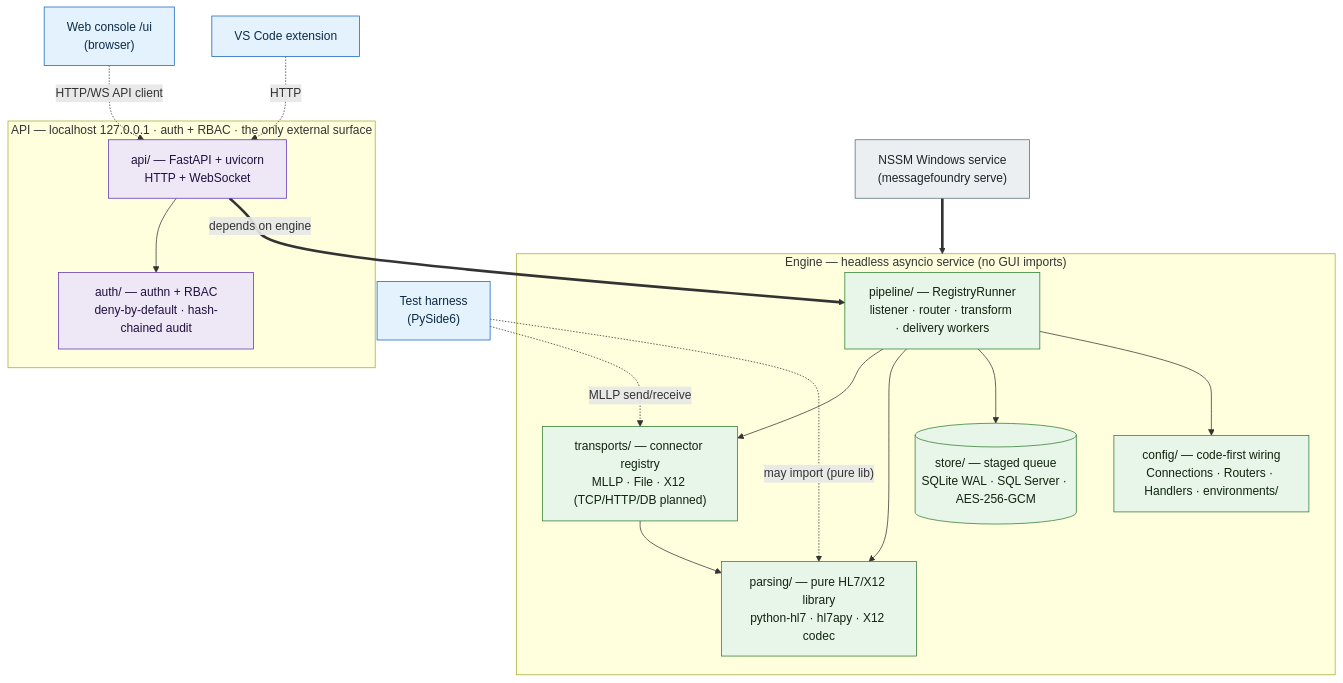
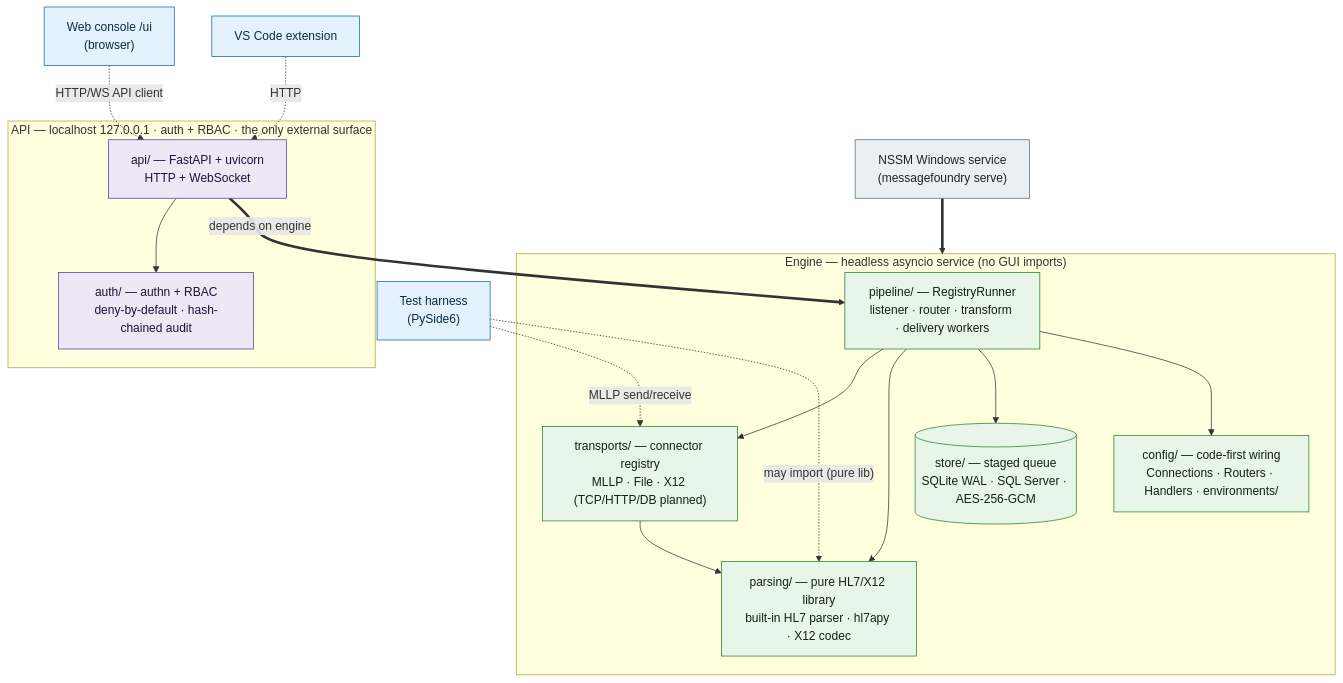
One commit to MEFORORG/MessageFoundry changed the second of 4 diagrams in docs/architecture-diagram.md. Above: the diagram before and after it, drawn with Mermaid. The commit also changed 14 other files, not shown here.

````diff
--- a/docs/architecture-diagram.md
+++ b/docs/architecture-diagram.md
@@ -128,42 +128,42 @@
 ```mermaid
 flowchart TB
   classDef client fill:#e3f2fd,stroke:#1565c0,color:#0d2b45;
   classDef api fill:#ede7f6,stroke:#5e35b1,color:#22103f;
   classDef engine fill:#e8f5e9,stroke:#2e7d32,color:#10240f;
   classDef deploy fill:#eceff1,stroke:#546e7a,color:#1c2429;
 
   CON["Web console /ui<br/>(browser)"]:::client
   IDE["VS Code extension"]:::client
   HARNESS["Test harness<br/>(PySide6)"]:::client
 
   subgraph API_BND["API — localhost 127.0.0.1 · auth + RBAC · the only external surface"]
     API["api/ — FastAPI + uvicorn<br/>HTTP + WebSocket"]:::api
     AUTH["auth/ — authn + RBAC<br/>deny-by-default · hash-chained audit"]:::api
   end
 
   subgraph ENGINE["Engine — headless asyncio service (no GUI imports)"]
     PIPE["pipeline/ — RegistryRunner<br/>listener · router · transform · delivery workers"]:::engine
     TRANS["transports/ — connector registry<br/>MLLP · File · X12 (TCP/HTTP/DB planned)"]:::engine
-    PARSE["parsing/ — pure HL7/X12 library<br/>python-hl7 · hl7apy · X12 codec"]:::engine
+    PARSE["parsing/ — pure HL7/X12 library<br/>built-in HL7 parser · hl7apy · X12 codec"]:::engine
     STORE[("store/ — staged queue<br/>SQLite WAL · SQL Server · AES-256-GCM")]:::engine
     CFG["config/ — code-first wiring<br/>Connections · Routers · Handlers · environments/"]:::engine
   end
 
   NSSM["NSSM Windows service<br/>(messagefoundry serve)"]:::deploy
 
   CON -.->|"HTTP/WS API client"| API
   IDE -.->|"HTTP"| API
   HARNESS -.->|"MLLP send/receive"| TRANS
   HARNESS -.->|"may import (pure lib)"| PARSE
 
   API --> AUTH
   API ==>|"depends on engine"| PIPE
 
   PIPE --> TRANS
   PIPE --> PARSE
   PIPE --> STORE
   PIPE --> CFG
   TRANS --> PARSE
 
   NSSM ==> ENGINE
 ```
````
